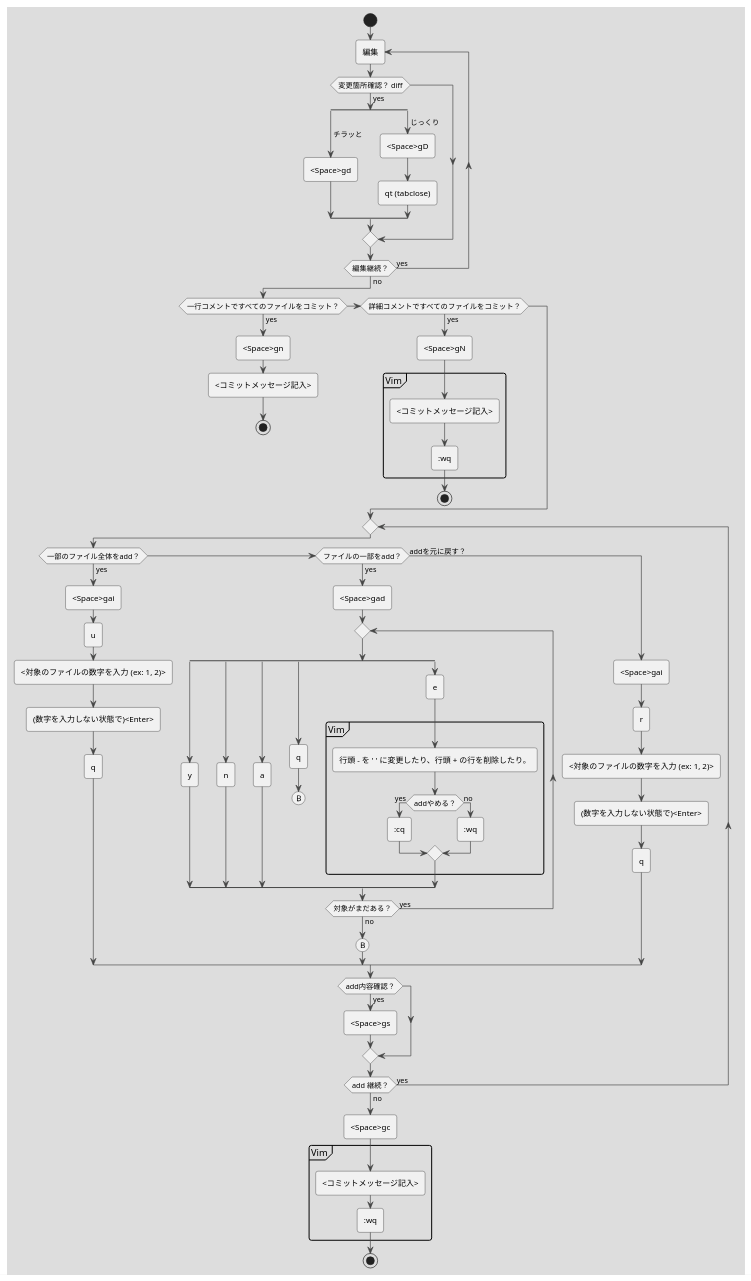
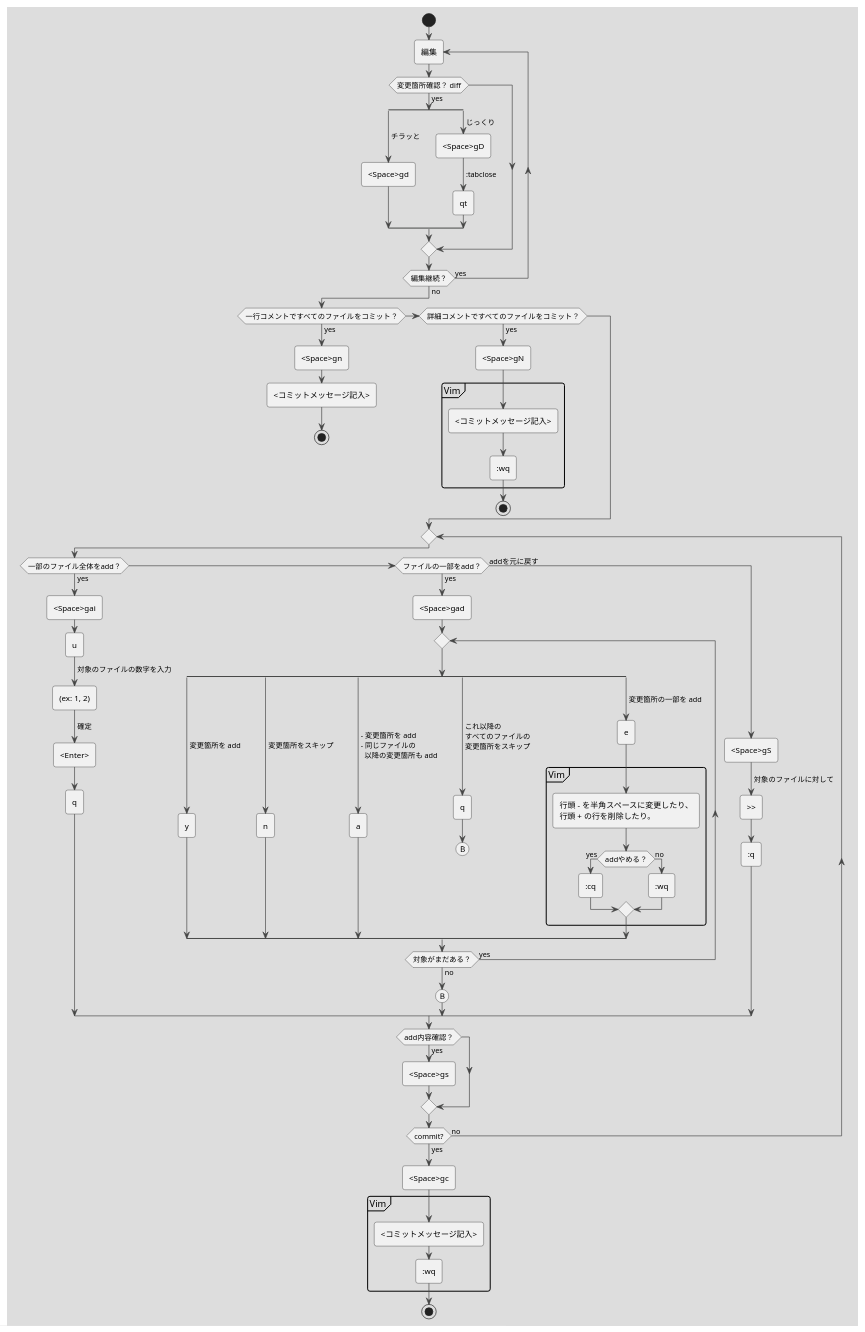
One commit to hokorobi/zenn-contents changed the diagram in articles/30398c5525bf4f.pu. Above: the diagram before and after it, drawn with PlantUML. The commit also changed 1 other file, not shown here.

```diff
--- a/articles/30398c5525bf4f.pu
+++ b/articles/30398c5525bf4f.pu
@@ -1,80 +1,92 @@
 @startuml
 !theme toy
 
 start
 repeat :編集;
 if (変更箇所確認？ diff) then (yes)
 	split
 		-> チラッと;
 		:<Space>gd;
 	split again
 		-> じっくり;
 		:<Space>gD;
-		:qt (tabclose);
+		-> :tabclose;
+		:qt;
 	end split
 endif
 repeat while (編集継続？) is (yes) not (no)
 if (一行コメントですべてのファイルをコミット？) then (yes)
 	:<Space>gn;
 	:<コミットメッセージ記入>;
 	stop
 elseif (詳細コメントですべてのファイルをコミット？) then (yes)
 	:<Space>gN;
 	partition Vim {
 		:<コミットメッセージ記入>;
 		::wq;
 	}
 	stop
 endif
 repeat
 	if (一部のファイル全体をadd？) then (yes)
 		:<Space>gai;
 		:u;
-		:<対象のファイルの数字を入力 (ex: 1, 2)>;
-		:(数字を入力しない状態で)<Enter>;
+		-> 対象のファイルの数字を入力;
+		:(ex: 1, 2);
+		-> 確定;
+		:<Enter>;
 		:q;
 	elseif (ファイルの一部をadd？) then (yes)
 		:<Space>gad;
 		repeat
 			split
+				-> 変更箇所を add;
 				:y;
 			split again
+				-> 変更箇所をスキップ;
 				:n;
 			split again
+				-> - 変更箇所を add
+				- 同じファイルの
+				  以降の変更箇所も add;
 				:a;
 			split again
+				-> これ以降の
+				すべてのファイルの
+				変更箇所をスキップ;
 				:q;
 				(B)
 				detach
 			split again
+				-> 変更箇所の一部を add;
 				:e;
 				partition Vim {
-					:行頭 - を ' ' に変更したり、行頭 + の行を削除したり。;
+					:行頭 - を半角スペースに変更したり、
+					行頭 + の行を削除したり。;
 					if (addやめる？) then (yes)
 						::cq;
 					else (no)
 						::wq;
 					endif
 				}
 			end split
 		repeat while (対象がまだある？) is (yes) not (no)
 		(B)
-	else (addを元に戻す？)
-		:<Space>gai;
-		:r;
-		:<対象のファイルの数字を入力 (ex: 1, 2)>;
-		:(数字を入力しない状態で)<Enter>;
-		:q;
+	else (addを元に戻す)
+		:<Space>gS;
+		-> 対象のファイルに対して;
+		:>>;
+		::q;
 	endif
 	if (add内容確認？) then (yes)
 		:<Space>gs;
 	endif
-repeat while (add 継続？) is (yes) not (no)
+repeat while (commit?) is (no) not (yes)
 :<Space>gc;
 partition Vim {
 	:<コミットメッセージ記入>;
 	::wq;
 }
 
 stop
 @enduml
```
